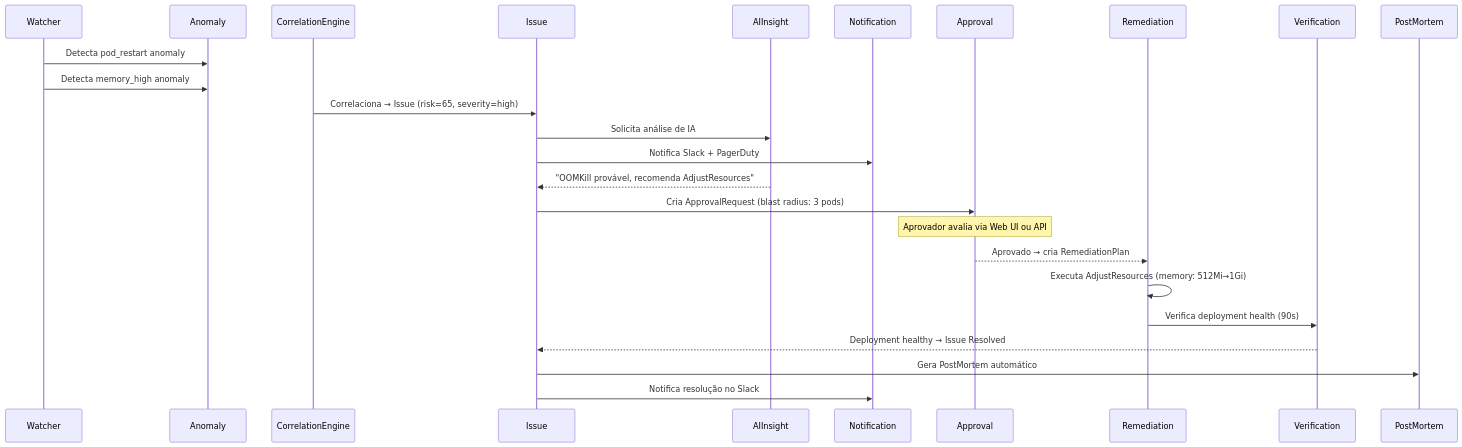
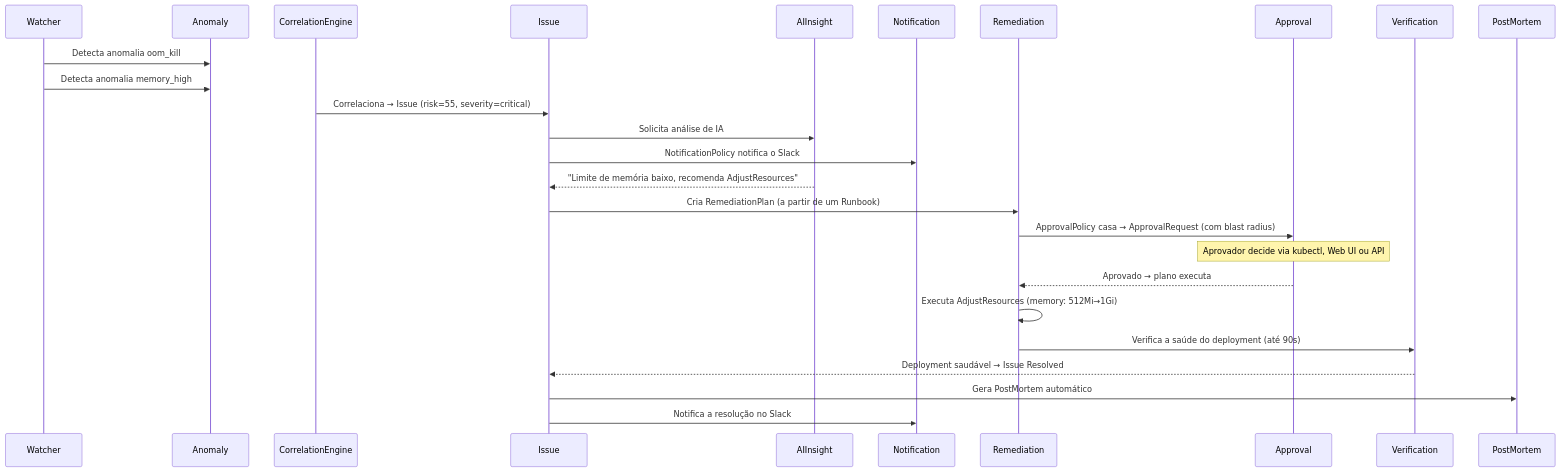
One commit to diillson/chatcli.ai changed the diagram in pt/cookbook/aiops-incident-response.mdx. Above: the diagram before and after it, drawn with Mermaid. The commit also changed other lines of this file and 126 other files, not shown here.

````diff
--- a/pt/cookbook/aiops-incident-response.mdx
+++ b/pt/cookbook/aiops-incident-response.mdx
@@ -14,28 +16,29 @@
 ```mermaid
 sequenceDiagram
     participant W as Watcher
     participant A as Anomaly
     participant CE as CorrelationEngine
     participant I as Issue
     participant AI as AIInsight
     participant N as Notification
+    participant R as Remediation
     participant AP as Approval
-    participant R as Remediation
     participant V as Verification
     participant PM as PostMortem
 
-    W->>A: Detecta pod_restart anomaly
-    W->>A: Detecta memory_high anomaly
-    CE->>I: Correlaciona → Issue (risk=65, severity=high)
+    W->>A: Detecta anomalia oom_kill
+    W->>A: Detecta anomalia memory_high
+    CE->>I: Correlaciona → Issue (risk=55, severity=critical)
     I->>AI: Solicita análise de IA
-    I->>N: Notifica Slack + PagerDuty
-    AI-->>I: "OOMKill provável, recomenda AdjustResources"
-    I->>AP: Cria ApprovalRequest (blast radius: 3 pods)
-    Note over AP: Aprovador avalia via Web UI ou API
-    AP-->>R: Aprovado → cria RemediationPlan
+    I->>N: NotificationPolicy notifica o Slack
+    AI-->>I: "Limite de memória baixo, recomenda AdjustResources"
+    I->>R: Cria RemediationPlan (a partir de um Runbook)
+    R->>AP: ApprovalPolicy casa → ApprovalRequest (com blast radius)
+    Note over AP: Aprovador decide via kubectl, Web UI ou API
+    AP-->>R: Aprovado → plano executa
     R->>R: Executa AdjustResources (memory: 512Mi→1Gi)
-    R->>V: Verifica deployment health (90s)
-    V-->>I: Deployment healthy → Issue Resolved
+    R->>V: Verifica a saúde do deployment (até 90s)
+    V-->>I: Deployment saudável → Issue Resolved
     I->>PM: Gera PostMortem automático
-    I->>N: Notifica resolução no Slack
+    I->>N: Notifica a resolução no Slack
 ```
````
